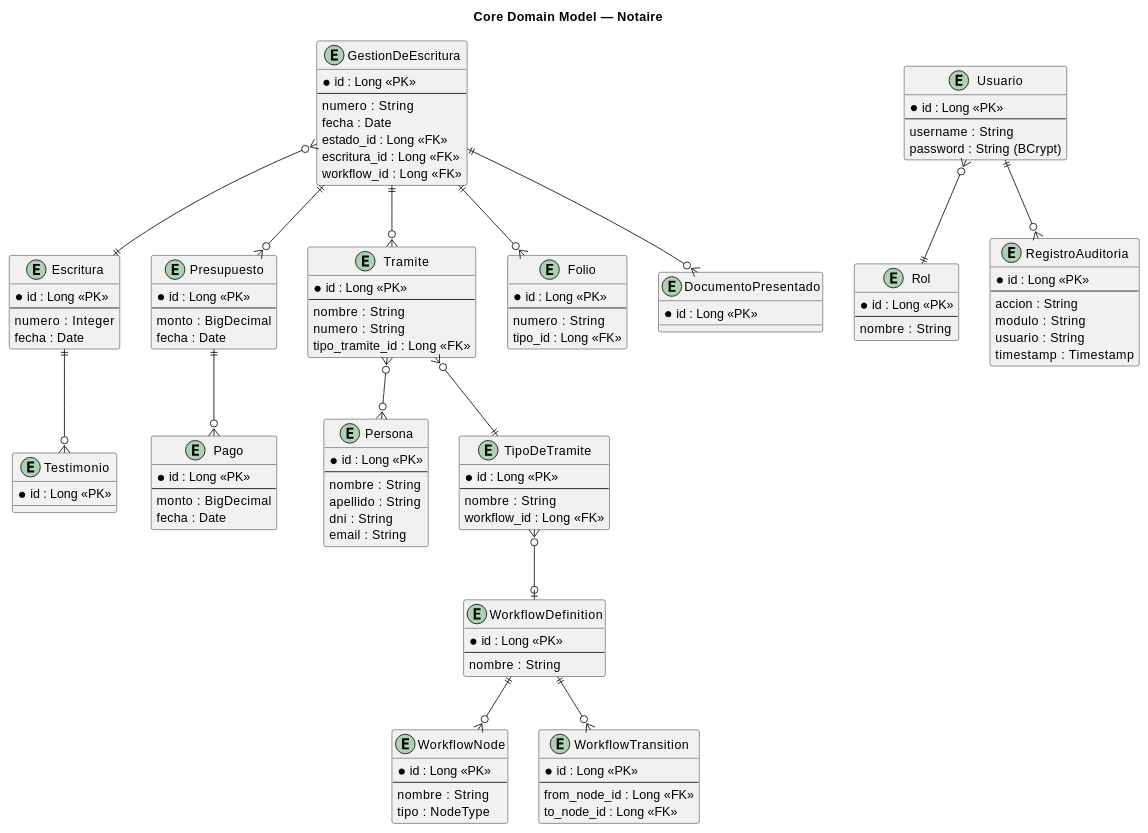
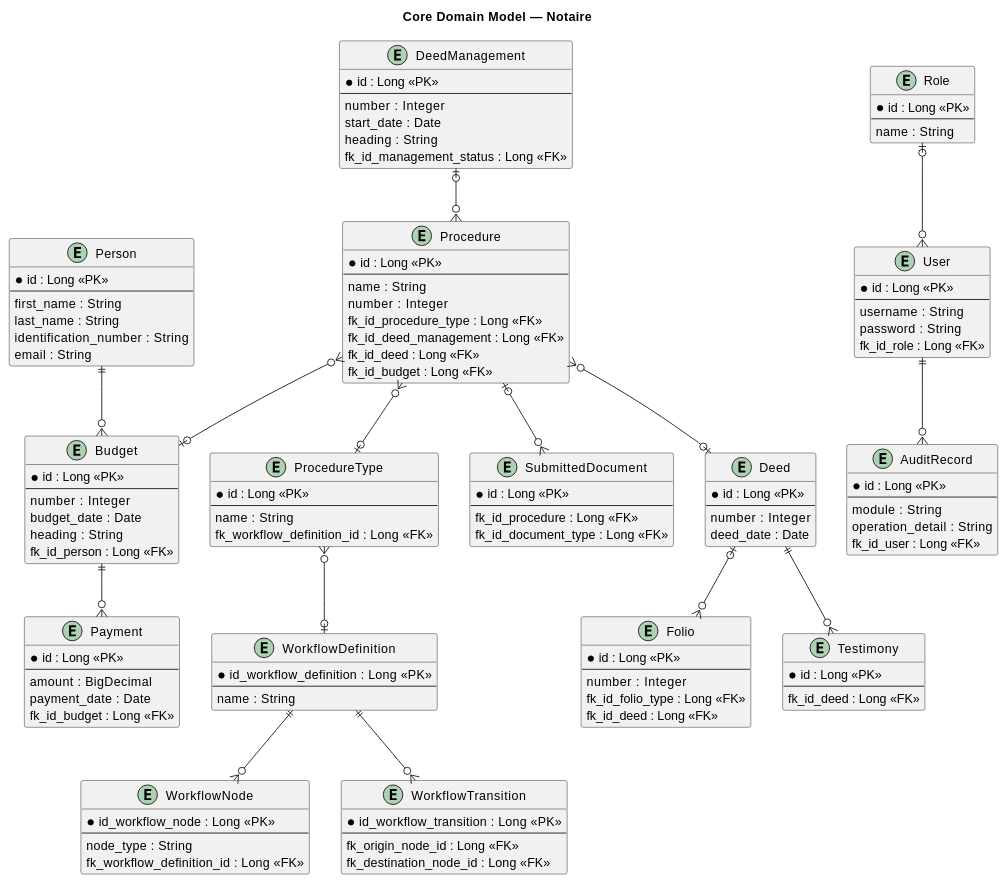
The seventh of 13 diagrams in docs/200-architecture/201-SAD/sad.md (matiaspakua/notaire), drawn with PlantUML before and after one commit. The commit also changed other lines of this file and 1430 other files, not shown here.

````diff
--- a/docs/200-architecture/201-SAD/sad.md
+++ b/docs/200-architecture/201-SAD/sad.md
@@ -484,131 +484,142 @@
 @startuml
 title Core Domain Model — Notaire
 
-entity "GestionDeEscritura" as gestion {
+entity "DeedManagement" as deedManagement {
   * id : Long <<PK>>
   --
-  numero : String
-  fecha : Date
-  estado_id : Long <<FK>>
-  escritura_id : Long <<FK>>
-  workflow_id : Long <<FK>>
+  number : Integer
+  start_date : Date
+  heading : String
+  fk_id_management_status : Long <<FK>>
 }
 
-entity "Escritura" as escritura {
+entity "Deed" as deed {
   * id : Long <<PK>>
   --
-  numero : Integer
-  fecha : Date
+  number : Integer
+  deed_date : Date
 }
 
-entity "Persona" as persona {
+entity "Person" as person {
   * id : Long <<PK>>
   --
-  nombre : String
-  apellido : String
-  dni : String
+  first_name : String
+  last_name : String
+  identification_number : String
   email : String
 }
 
-entity "Presupuesto" as presupuesto {
+entity "Budget" as budget {
   * id : Long <<PK>>
   --
-  monto : BigDecimal
-  fecha : Date
+  number : Integer
+  budget_date : Date
+  heading : String
+  fk_id_person : Long <<FK>>
 }
 
-entity "Tramite" as tramite {
+entity "Procedure" as procedure {
   * id : Long <<PK>>
   --
-  nombre : String
-  numero : String
-  tipo_tramite_id : Long <<FK>>
+  name : String
+  number : Integer
+  fk_id_procedure_type : Long <<FK>>
+  fk_id_deed_management : Long <<FK>>
+  fk_id_deed : Long <<FK>>
+  fk_id_budget : Long <<FK>>
 }
 
-entity "TipoDeTramite" as tipoTramite {
+entity "ProcedureType" as procedureType {
   * id : Long <<PK>>
   --
-  nombre : String
-  workflow_id : Long <<FK>>
+  name : String
+  fk_workflow_definition_id : Long <<FK>>
 }
 
 entity "Folio" as folio {
   * id : Long <<PK>>
   --
-  numero : String
-  tipo_id : Long <<FK>>
+  number : Integer
+  fk_id_folio_type : Long <<FK>>
+  fk_id_deed : Long <<FK>>
 }
 
-entity "Pago" as pago {
+entity "Payment" as payment {
   * id : Long <<PK>>
   --
-  monto : BigDecimal
-  fecha : Date
+  amount : BigDecimal
+  payment_date : Date
+  fk_id_budget : Long <<FK>>
 }
 
-entity "Testimonio" as testimonio {
+entity "Testimony" as testimony {
   * id : Long <<PK>>
+  --
+  fk_id_deed : Long <<FK>>
 }
 
-entity "DocumentoPresentado" as doc {
+entity "SubmittedDocument" as document {
   * id : Long <<PK>>
+  --
+  fk_id_procedure : Long <<FK>>
+  fk_id_document_type : Long <<FK>>
 }
 
-entity "Usuario" as usuario {
+entity "User" as user {
   * id : Long <<PK>>
   --
   username : String
-  password : String (BCrypt)
+  password : String
+  fk_id_role : Long <<FK>>
 }
 
-entity "Rol" as rol {
+entity "Role" as role {
   * id : Long <<PK>>
   --
-  nombre : String
+  name : String
 }
 
-entity "RegistroAuditoria" as audit {
+entity "AuditRecord" as audit {
   * id : Long <<PK>>
   --
-  accion : String
-  modulo : String
-  usuario : String
-  timestamp : Timestamp
+  module : String
+  operation_detail : String
+  fk_id_user : Long <<FK>>
 }
 
-entity "WorkflowDefinition" as wfDef {
-  * id : Long <<PK>>
+entity "WorkflowDefinition" as workflowDefinition {
+  * id_workflow_definition : Long <<PK>>
   --
-  nombre : String
+  name : String
 }
 
-entity "WorkflowNode" as wfNode {
-  * id : Long <<PK>>
+entity "WorkflowNode" as workflowNode {
+  * id_workflow_node : Long <<PK>>
   --
-  nombre : String
-  tipo : NodeType
+  node_type : String
+  fk_workflow_definition_id : Long <<FK>>
 }
 
-entity "WorkflowTransition" as wfTrans {
-  * id : Long <<PK>>
+entity "WorkflowTransition" as workflowTransition {
+  * id_workflow_transition : Long <<PK>>
   --
-  from_node_id : Long <<FK>>
-  to_node_id : Long <<FK>>
+  fk_origin_node_id : Long <<FK>>
+  fk_destination_node_id : Long <<FK>>
 }
 
-gestion ||--o{ tramite
-gestion ||--o{ presupuesto
-gestion }o--|| escritura
-gestion ||--o{ folio
-gestion ||--o{ doc
-tramite }o--|| tipoTramite
-tramite }o--o{ persona
-presupuesto ||--o{ pago
-escritura ||--o{ testimonio
-usuario }o--|| rol
-usuario ||--o{ audit
-wfDef ||--o{ wfNode
-wfDef ||--o{ wfTrans
-tipoTramite }o--o| wfDef
+deedManagement |o--o{ procedure
+procedure }o--o| procedureType
+procedure }o--o| deed
+procedure }o--o| budget
+person ||--o{ budget
+budget ||--o{ payment
+deed |o--o{ folio
+deed ||--o{ testimony
+procedure |o--o{ document
+role |o--o{ user
+user ||--o{ audit
+workflowDefinition ||--o{ workflowNode
+workflowDefinition ||--o{ workflowTransition
+procedureType }o--o| workflowDefinition
 @enduml
 ```
````
